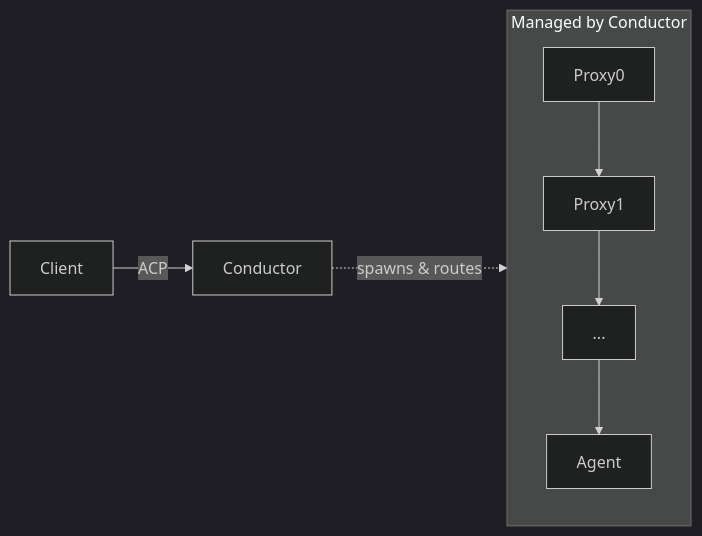
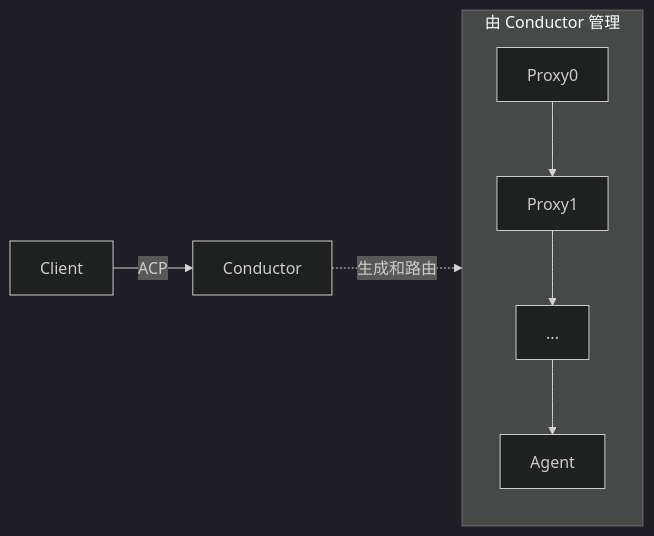
The sixth of 11 diagrams in rfds/proxy-chains.mdx (cxykevin/acp-docs-cn), drawn with Mermaid (dark theme) before and after one commit. The commit also changed other lines of this file and 15 other files, not shown here.

````diff
--- a/rfds/proxy-chains.mdx
+++ b/rfds/proxy-chains.mdx
@@ -157,10 +157,10 @@
 ```mermaid
 flowchart LR
     Client -->|ACP| Conductor
 
-    subgraph Managed["Managed by Conductor"]
+    subgraph Managed["由 Conductor 管理"]
         Proxy0 --> Proxy1 --> ... --> Agent
     end
 
-    Conductor -.->|spawns & routes| Managed
+    Conductor -.->|生成和路由| Managed
 ```
````
